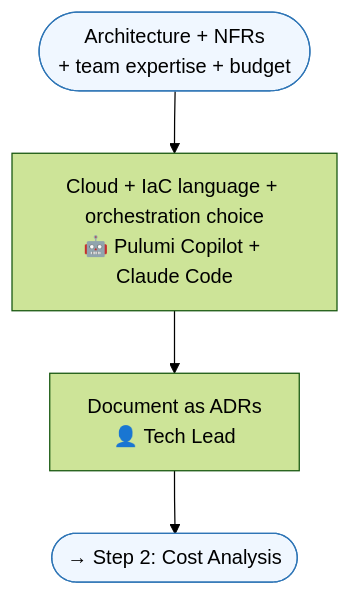
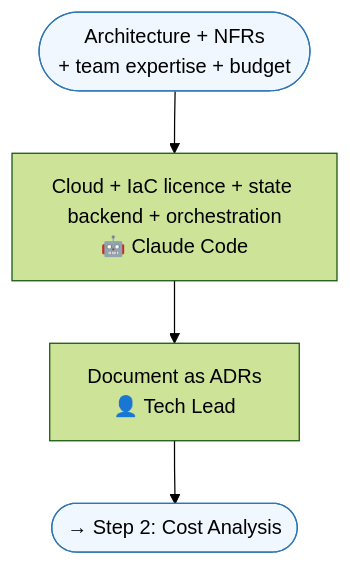
Before and after one commit to kalpat-allion/ai-dlc: the third of 9 diagrams in aidlc-phases/06-cicd-devops/FLOWCHART.md, drawn with Mermaid (forest theme). The commit also changed other lines of this file and 39 other files, not shown here.

````diff
--- a/aidlc-phases/06-cicd-devops/FLOWCHART.md
+++ b/aidlc-phases/06-cicd-devops/FLOWCHART.md
@@ -95,9 +92,9 @@
 ```mermaid
 flowchart TD
     S1_IN([Architecture + NFRs<br/>+ team expertise + budget]) --> STACK
-    STACK[Cloud + IaC language + orchestration choice<br/>🤖 Pulumi Copilot + Claude Code] --> ADR
+    STACK[Cloud + IaC licence + state backend + orchestration<br/>🤖 Claude Code] --> ADR
     ADR[Document as ADRs<br/>👤 Tech Lead] --> S1_OUT([→ Step 2: Cost Analysis])
 
     style S1_IN fill:#f0f7ff,stroke:#2E75B6
     style S1_OUT fill:#f0f7ff,stroke:#2E75B6
 ```
````
